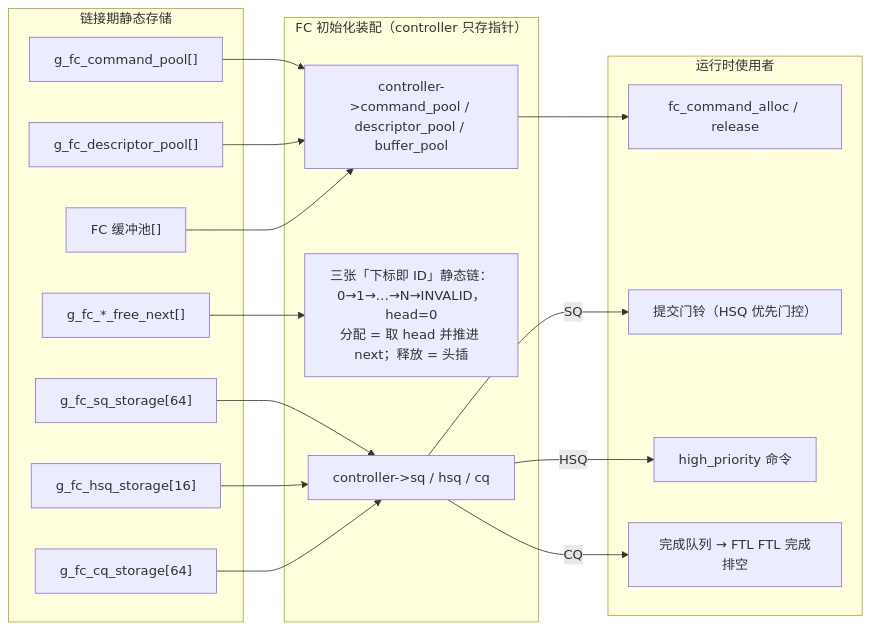
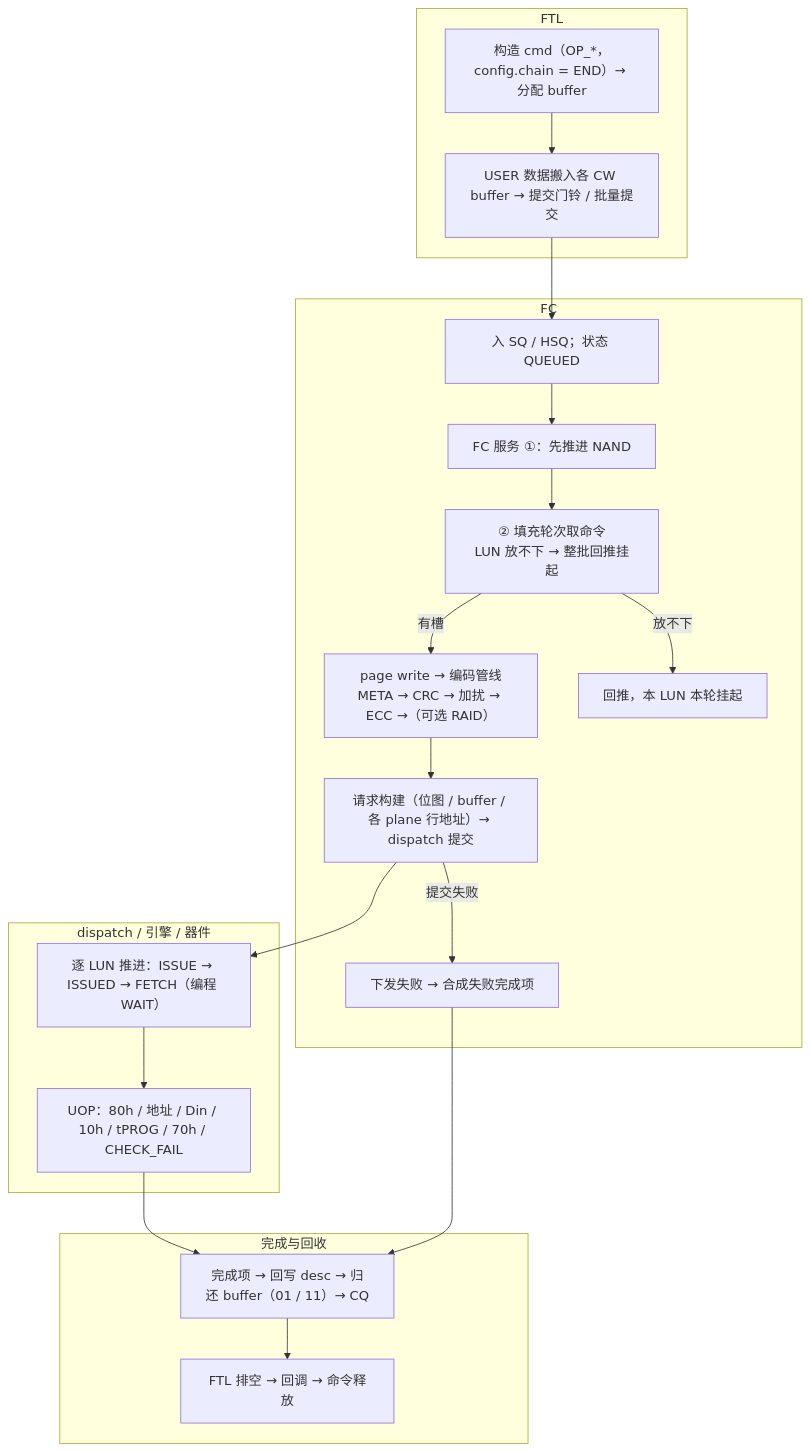
Before and after one commit to YzYMIAO/BASESSD: diagram 15 of 20 in docs/design/fc_nand_design.md, drawn with Mermaid. The commit also changed other lines of this file, not shown here.

First line of the commit message:
docs(fc-nand): 重构设计文档结构并校正与实现漂移

````diff
--- a/docs/design/fc_nand_design.md
+++ b/docs/design/fc_nand_design.md
@@ -1983,37 +2358,34 @@
 ```mermaid
-flowchart LR
-    subgraph "链接期静态存储"
-        P1["g_fc_command_pool[]"]
-        P2["g_fc_descriptor_pool[]"]
-        P3["FC 缓冲池[]"]
-        PN["g_fc_*_free_next[]"]
-        SQ["g_fc_sq_storage[64]"]
-        HSQ["g_fc_hsq_storage[16]"]
-        CQ["g_fc_cq_storage[64]"]
+flowchart TB
+    subgraph "FTL"
+        FW0["构造 cmd（OP_*，config.chain = END）→ 分配 buffer"]
+        FW1["USER 数据搬入各 CW buffer → 提交门铃 / 批量提交"]
+        FW0 --> FW1
     end
-
-    subgraph "FC 初始化装配（controller 只存指针）"
-        CTRL["controller->command_pool / descriptor_pool / buffer_pool"]
-        CH["三张「下标即 ID」静态链：0→1→…→N→INVALID，head=0<br/>分配 = 取 head 并推进 next；释放 = 头插"]
-        CSQ["controller->sq / hsq / cq"]
+    subgraph "FC"
+        CW0["入 SQ / HSQ；状态 QUEUED"]
+        CW1["FC 服务 ①：先推进 NAND"]
+        CW2["② 填充轮次取命令<br/>LUN 放不下 → 整批回推挂起"]
+        CW3["page write → 编码管线<br/>META → CRC → 加扰 → ECC →（可选 RAID）"]
+        CW4["请求构建（位图 / buffer / 各 plane 行地址）→ dispatch 提交"]
+        CF["下发失败 → 合成失败完成项"]
+        CW0 --> CW1 --> CW2
+        CW2 -- "有槽" --> CW3 --> CW4
+        CW2 -- "放不下" --> HOLD["回推，本 LUN 本轮挂起"]
+        CW4 -- "提交失败" --> CF
     end
-
-    subgraph "运行时使用者"
-        U1["fc_command_alloc / release"]
-        U2["提交门铃（HSQ 优先门控）"]
-        U3["high_priority 命令"]
-        U4["完成队列 → FTL FTL 完成排空"]
+    subgraph "dispatch / 引擎 / 器件"
+        DW0["逐 LUN 推进：ISSUE → ISSUED → FETCH（编程 WAIT）"]
+        DW1["UOP：80h / 地址 / Din / 10h / tPROG / 70h / CHECK_FAIL"]
+        DW0 --> DW1
     end
-
-    P1 --> CTRL
-    P2 --> CTRL
-    P3 --> CTRL
-    PN --> CH
-    SQ --> CSQ
-    HSQ --> CSQ
-    CQ --> CSQ
-    CTRL --> U1
-    CSQ -- "SQ" --> U2
-    CSQ -- "HSQ" --> U3
-    CSQ -- "CQ" --> U4
+    subgraph "完成与回收"
+        KW0["完成项 → 回写 desc → 归还 buffer（01 / 11）→ CQ"]
+        KW1["FTL 排空 → 回调 → 命令释放"]
+        KW0 --> KW1
+    end
+    FW1 --> CW0
+    CW4 --> DW0
+    DW1 --> KW0
+    CF --> KW0
 ```
````
